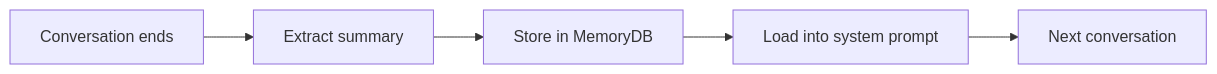
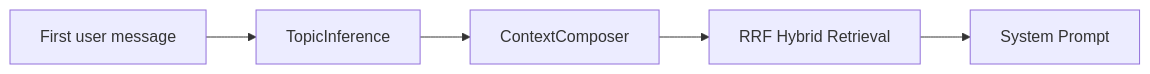
Before and after one commit to ivseb/vault-operator: the second of 3 diagrams in docs/concepts/memory-system.md, drawn with Mermaid. The commit also changed other lines of this file and 15 other files, not shown here.

````diff
--- a/docs/concepts/memory-system.md
+++ b/docs/concepts/memory-system.md
@@ -34,7 +68,7 @@
 ```mermaid
 flowchart LR
-    C[Conversation ends] --> E[Extract summary]
-    E --> S[Store in MemoryDB]
-    S --> P[Load into system prompt]
-    P --> N[Next conversation]
+    Msg[First user message] --> TI[TopicInference]
+    TI --> CC[ContextComposer]
+    CC --> RRF[RRF Hybrid Retrieval]
+    RRF --> SP[System Prompt]
 ```
````
